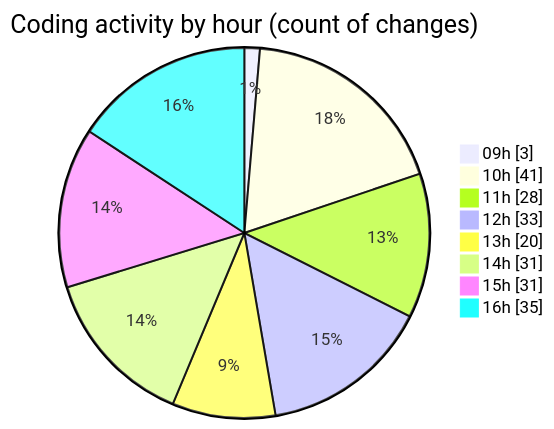
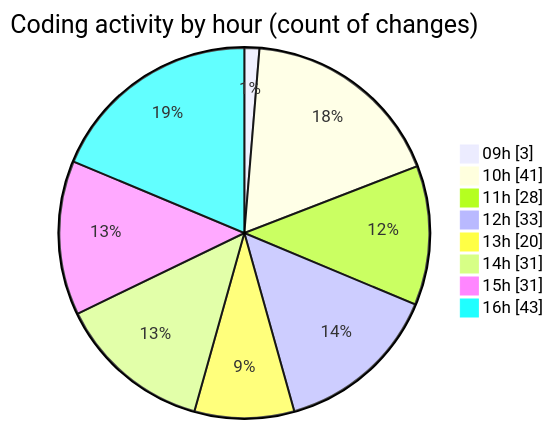
One commit to CELIANVF/code-tracking changed the second of 2 diagrams in 2025-05-19/ecodeli-1/README.md. Above: the diagram before and after it, drawn with Mermaid. The commit also changed other lines of this file and 1 other file, not shown here.

````diff
--- a/2025-05-19/ecodeli-1/README.md
+++ b/2025-05-19/ecodeli-1/README.md
@@ -93,12 +99,12 @@
 ```mermaid
 pie showData
 title Coding activity by hour (count of changes)
 "09h" : 3
 "10h" : 41
 "11h" : 28
 "12h" : 33
 "13h" : 20
 "14h" : 31
 "15h" : 31
-"16h" : 35
+"16h" : 43
 ```
````
